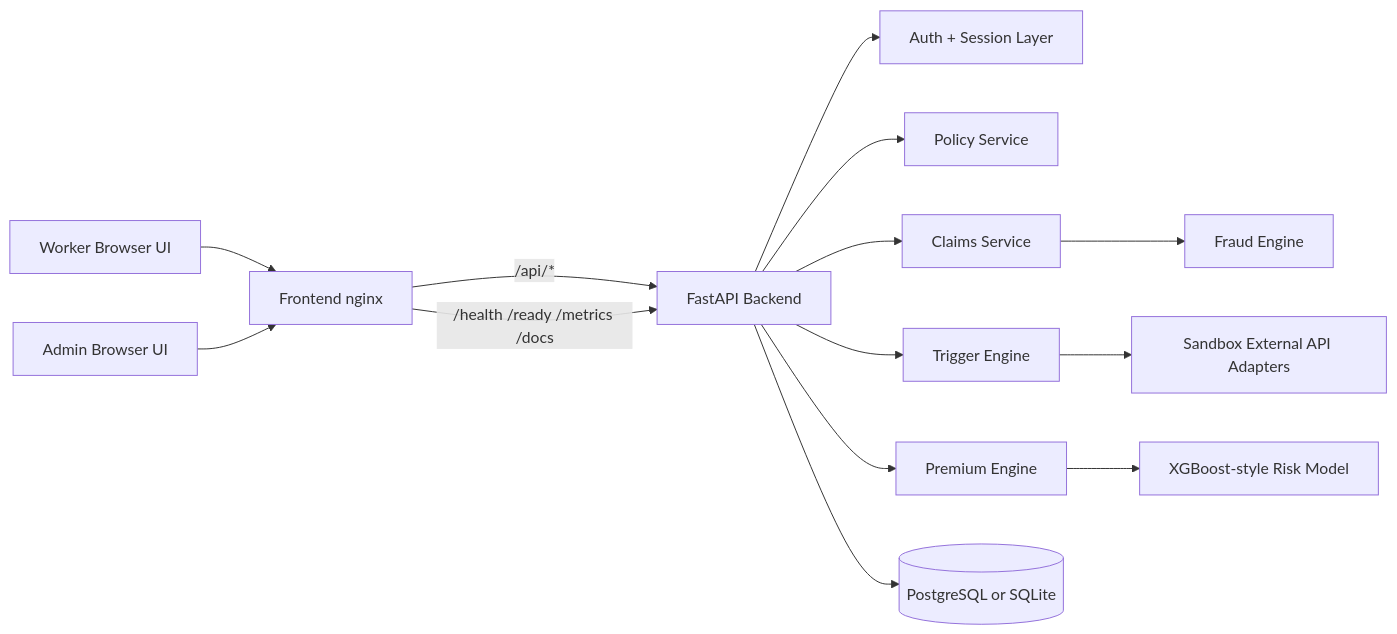
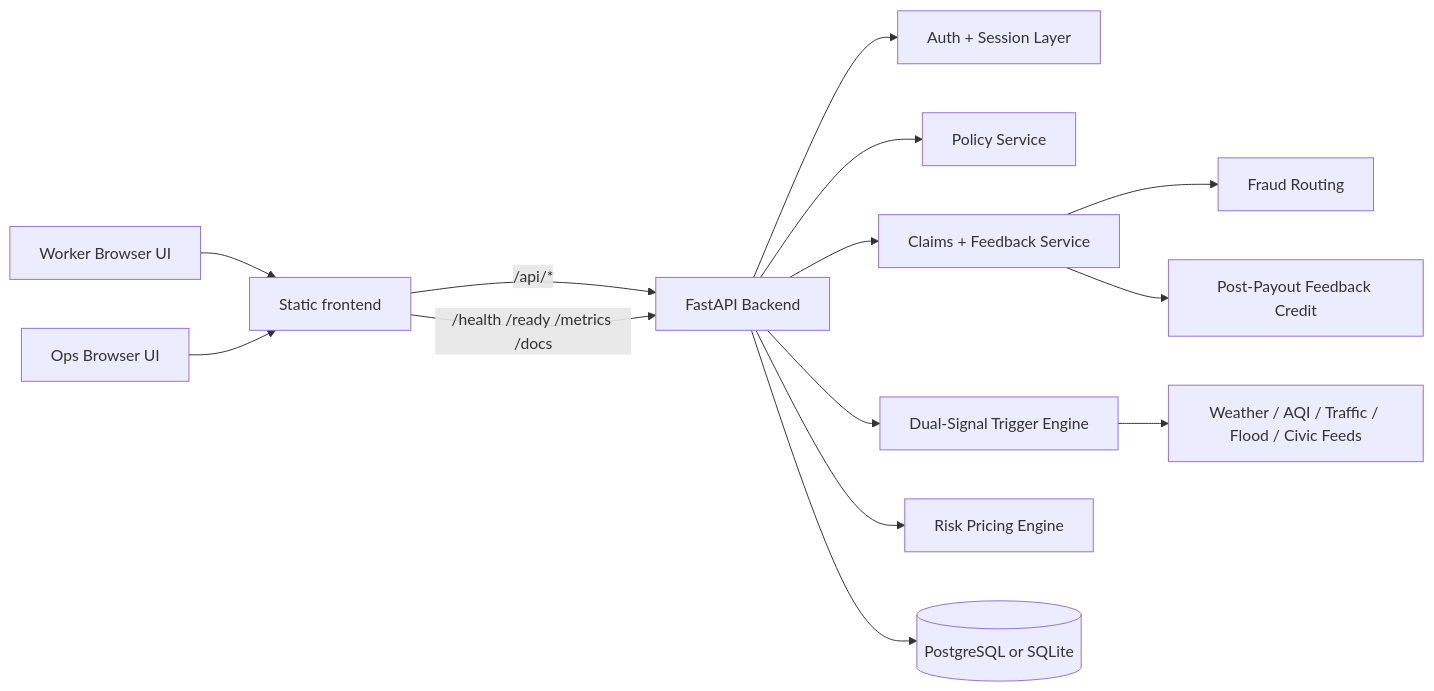
One commit to VIDISHA006/delivery-worker-insurance changed the first of 2 diagrams in docs/architecture.md. Above: the diagram before and after it, drawn with Mermaid. The commit also changed other lines of this file and 34 other files, not shown here.

````diff
--- a/docs/architecture.md
+++ b/docs/architecture.md
@@ -7,19 +7,18 @@
 ```mermaid
 flowchart LR
-    User["Worker Browser UI"] --> Nginx["Frontend nginx"]
-    Admin["Admin Browser UI"] --> Nginx
-    Nginx -->|"/api/*"| API["FastAPI Backend"]
-    Nginx -->|"/health /ready /metrics /docs"| API
+    User["Worker Browser UI"] --> Frontend["Static frontend"]
+    Admin["Ops Browser UI"] --> Frontend
+    Frontend -->|"/api/*"| API["FastAPI Backend"]
+    Frontend -->|"/health /ready /metrics /docs"| API
 
     API --> Auth["Auth + Session Layer"]
     API --> Policy["Policy Service"]
-    API --> Claims["Claims Service"]
-    API --> Trigger["Trigger Engine"]
-    API --> Premium["Premium Engine"]
+    API --> Claims["Claims + Feedback Service"]
+    API --> Trigger["Dual-Signal Trigger Engine"]
+    API --> Premium["Risk Pricing Engine"]
 
-    Premium --> ML["XGBoost-style Risk Model"]
-    Claims --> Fraud["Fraud Engine"]
-    Trigger --> External["Sandbox External API Adapters"]
-
+    Trigger --> Signals["Weather / AQI / Traffic / Flood / Civic Feeds"]
+    Claims --> Fraud["Fraud Routing"]
+    Claims --> Feedback["Post-Payout Feedback Credit"]
     API --> DB[("PostgreSQL or SQLite")]
 ```
````
